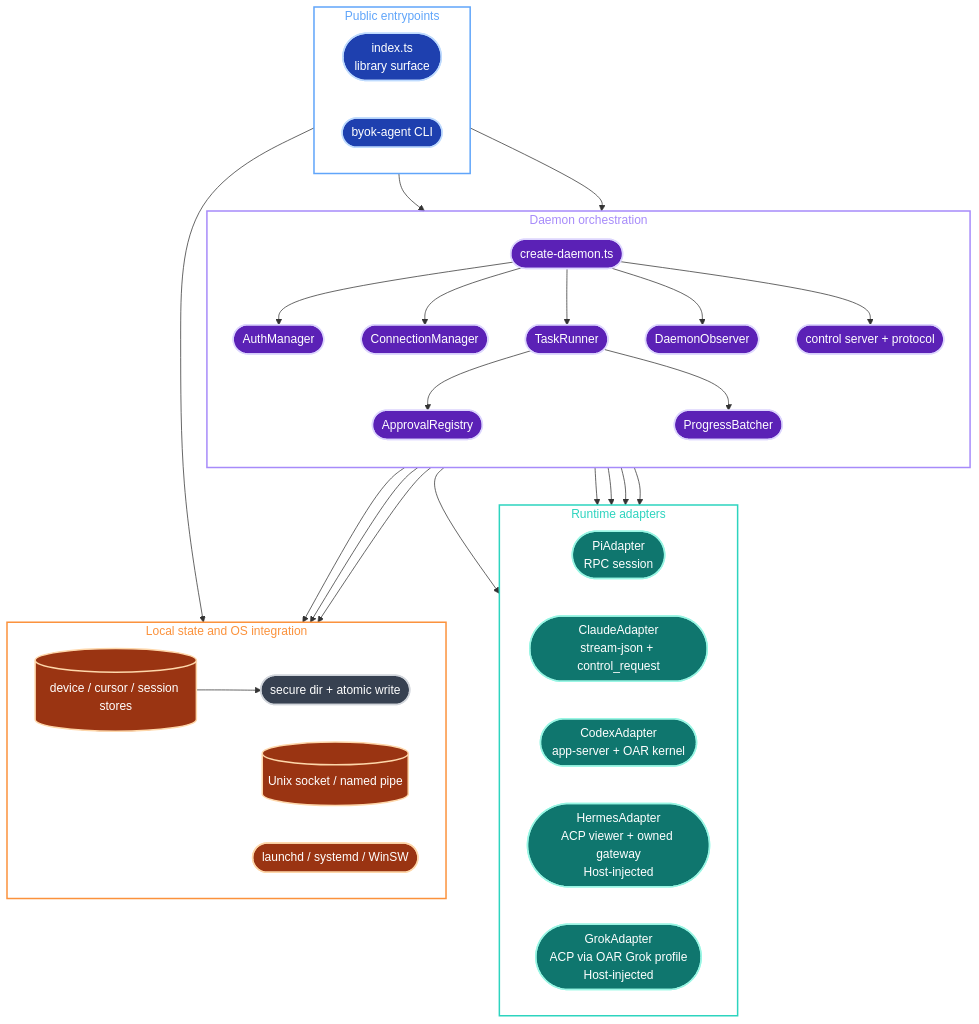
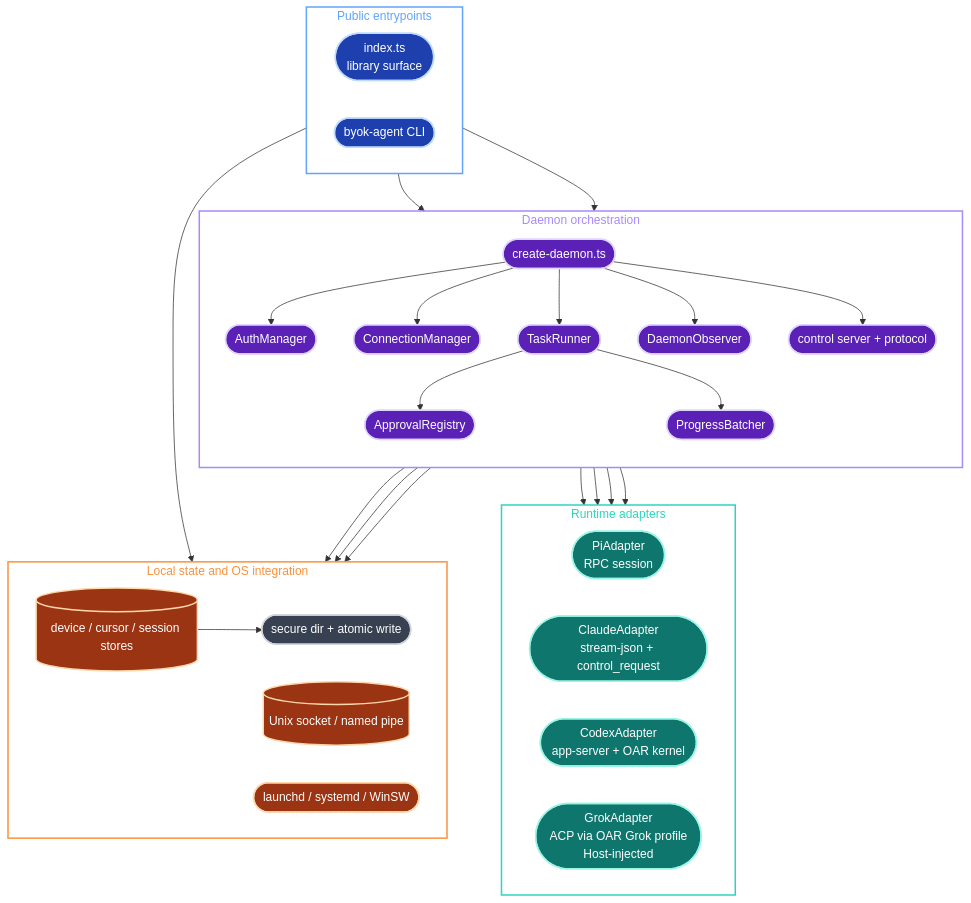
One commit to Ancienttwo/byok-sdk changed the sixth of 21 diagrams in docs/architecture/sdk-architecture.md. Above: the diagram before and after it, drawn with Mermaid. The commit also changed other lines of this file and 92 other files, not shown here.

First line of the commit message:
feat!: archive the Hermes runtime adapter (#1854)

````diff
--- a/docs/architecture/sdk-architecture.md
+++ b/docs/architecture/sdk-architecture.md
@@ -481,68 +481,66 @@
 ```mermaid
 flowchart TB
   classDef cli fill:#1e40af,stroke:#bfdbfe,stroke-width:2px,color:#fff
   classDef daemon fill:#5b21b6,stroke:#ddd6fe,stroke-width:2px,color:#fff
   classDef adapter fill:#0f766e,stroke:#99f6e4,stroke-width:2px,color:#fff
   classDef local fill:#9a3412,stroke:#fed7aa,stroke-width:2px,color:#fff
   classDef utility fill:#374151,stroke:#d1d5db,stroke-width:2px,color:#fff
 
   subgraph Entry["Public entrypoints"]
     direction LR
     API(["index.ts<br/>library surface"]):::cli
     AgentCLI(["byok-agent CLI"]):::cli
   end
 
   subgraph Core["Daemon orchestration"]
     direction TB
     Create(["create-daemon.ts"]):::daemon
     Auth(["AuthManager"]):::daemon
     Conn(["ConnectionManager"]):::daemon
     Runner(["TaskRunner"]):::daemon
     Observer(["DaemonObserver"]):::daemon
     Control(["control server + protocol"]):::daemon
     Approval(["ApprovalRegistry"]):::daemon
     Batch(["ProgressBatcher"]):::daemon
   end
 
   subgraph Runtime["Runtime adapters"]
     direction LR
     Pi(["PiAdapter<br/>RPC session"]):::adapter
     Claude(["ClaudeAdapter<br/>stream-json + control_request"]):::adapter
     Codex(["CodexAdapter<br/>app-server + OAR kernel"]):::adapter
-    Hermes(["HermesAdapter<br/>ACP viewer + owned gateway<br/>Host-injected"]):::adapter
     Grok(["GrokAdapter<br/>ACP via OAR Grok profile<br/>Host-injected"]):::adapter
   end
 
   subgraph Local["Local state and OS integration"]
     direction LR
     Stores[("device / cursor / session stores")]:::local
     IPC[("Unix socket / named pipe")]:::local
     Service(["launchd / systemd / WinSW"]):::local
     Secure(["secure dir + atomic write"]):::utility
   end
 
   API --> Create
   AgentCLI --> Create
   AgentCLI --> Service
   Create --> Auth
   Create --> Conn
   Create --> Runner
   Create --> Observer
   Create --> Control
   Runner --> Approval
   Runner --> Batch
   Runner --> Pi
   Runner --> Claude
   Runner --> Codex
-  Runner --> Hermes
   Runner --> Grok
   Auth --> Stores
   Conn --> Stores
   Control --> IPC
   Stores --> Secure
 
   style Entry fill:none,stroke:#60a5fa,stroke-width:2px,color:#60a5fa
   style Core fill:none,stroke:#a78bfa,stroke-width:2px,color:#a78bfa
   style Runtime fill:none,stroke:#2dd4bf,stroke-width:2px,color:#2dd4bf
   style Local fill:none,stroke:#fb923c,stroke-width:2px,color:#fb923c
 ```
````
